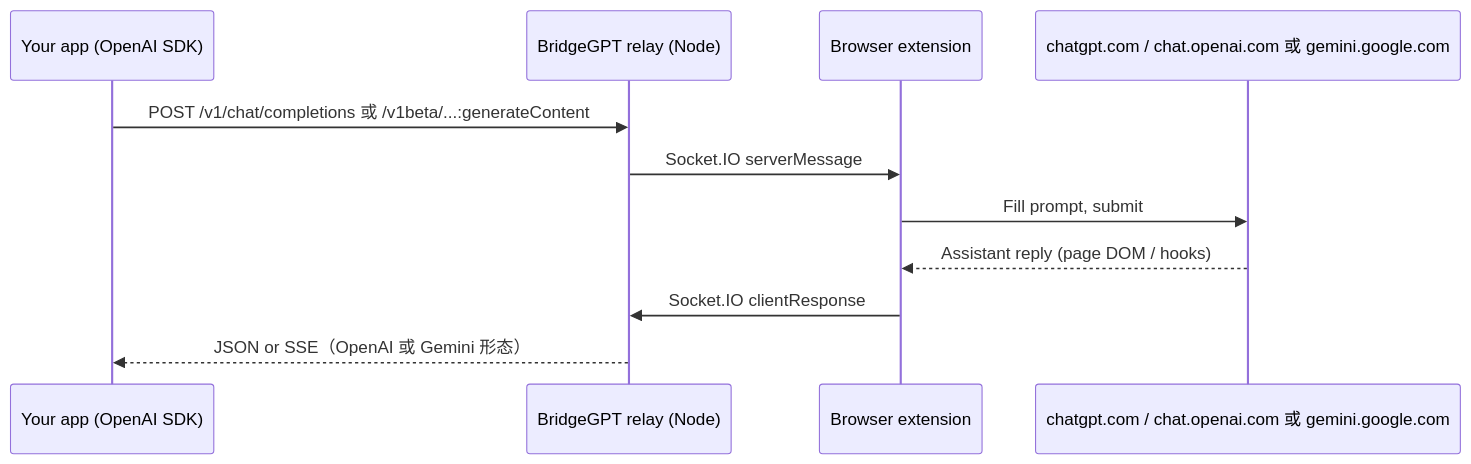
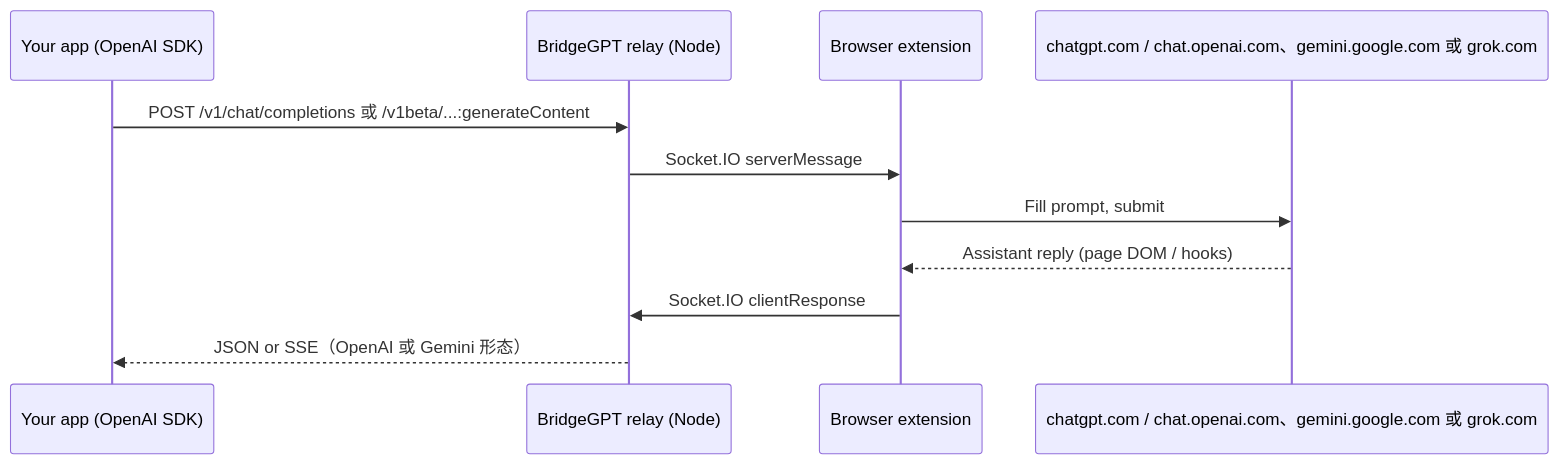
The diagram in README.zh-CN.md (ocmuuu/BridgeGPT), drawn with Mermaid before and after one commit. The commit also changed other lines of this file and 27 other files, not shown here.

First line of the commit message:
feat: add Grok (grok.com) web provider and relay UI

````diff
--- a/README.zh-CN.md
+++ b/README.zh-CN.md
@@ -51,14 +51,14 @@
 ```mermaid
 sequenceDiagram
   participant App as Your app (OpenAI SDK)
   participant Relay as BridgeGPT relay (Node)
   participant Ext as Browser extension
-  participant Web as chatgpt.com / chat.openai.com 或 gemini.google.com
+  participant Web as chatgpt.com / chat.openai.com、gemini.google.com 或 grok.com
 
   App->>Relay: POST /v1/chat/completions 或 /v1beta/...:generateContent
   Relay->>Ext: Socket.IO serverMessage
   Ext->>Web: Fill prompt, submit
   Web-->>Ext: Assistant reply (page DOM / hooks)
   Ext->>Relay: Socket.IO clientResponse
   Relay-->>App: JSON or SSE（OpenAI 或 Gemini 形态）
 ```
````
